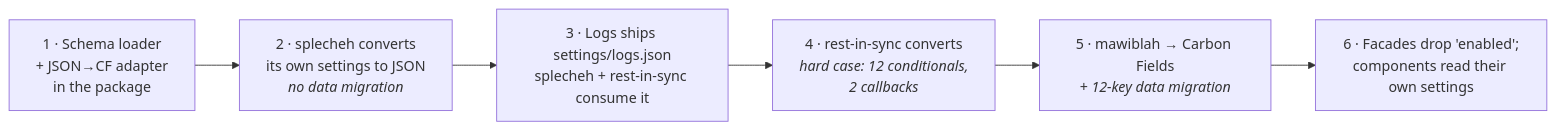
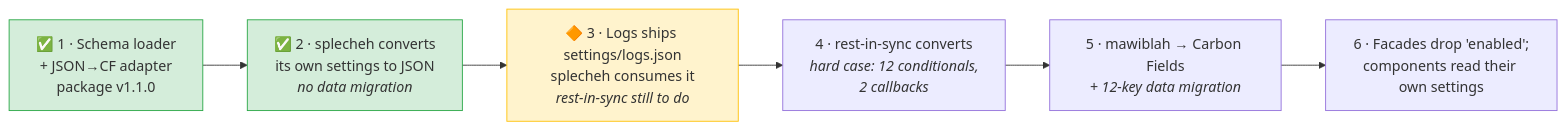
Before and after one commit to lauzis/wp-plugin-packages: the fifth of 5 diagrams in plan.md, drawn with Mermaid. The commit also changed other lines of this file, not shown here.

````diff
--- a/plan.md
+++ b/plan.md
@@ -414,10 +430,14 @@
 ```mermaid
 flowchart LR
-    P1["1 · Schema loader<br/>+ JSON→CF adapter<br/>in the package"]
-    P2["2 · splecheh converts<br/>its own settings to JSON<br/><i>no data migration</i>"]
-    P3["3 · Logs ships settings/logs.json<br/>splecheh + rest-in-sync consume it"]
+    P1["✅ 1 · Schema loader<br/>+ JSON→CF adapter<br/>package v1.1.0"]
+    P2["✅ 2 · splecheh converts<br/>its own settings to JSON<br/><i>no data migration</i>"]
+    P3["🔶 3 · Logs ships settings/logs.json<br/>splecheh consumes it<br/><i>rest-in-sync still to do</i>"]
     P4["4 · rest-in-sync converts<br/><i>hard case: 12 conditionals,<br/>2 callbacks</i>"]
     P5["5 · mawiblah → Carbon Fields<br/><i>+ 12-key data migration</i>"]
     P6["6 · Facades drop 'enabled';<br/>components read their own settings"]
+
+    style P1 fill:#d4edda,stroke:#28a745
+    style P2 fill:#d4edda,stroke:#28a745
+    style P3 fill:#fff3cd,stroke:#ffc107
     P1 --> P2 --> P3 --> P4 --> P5 --> P6
 ```
````
